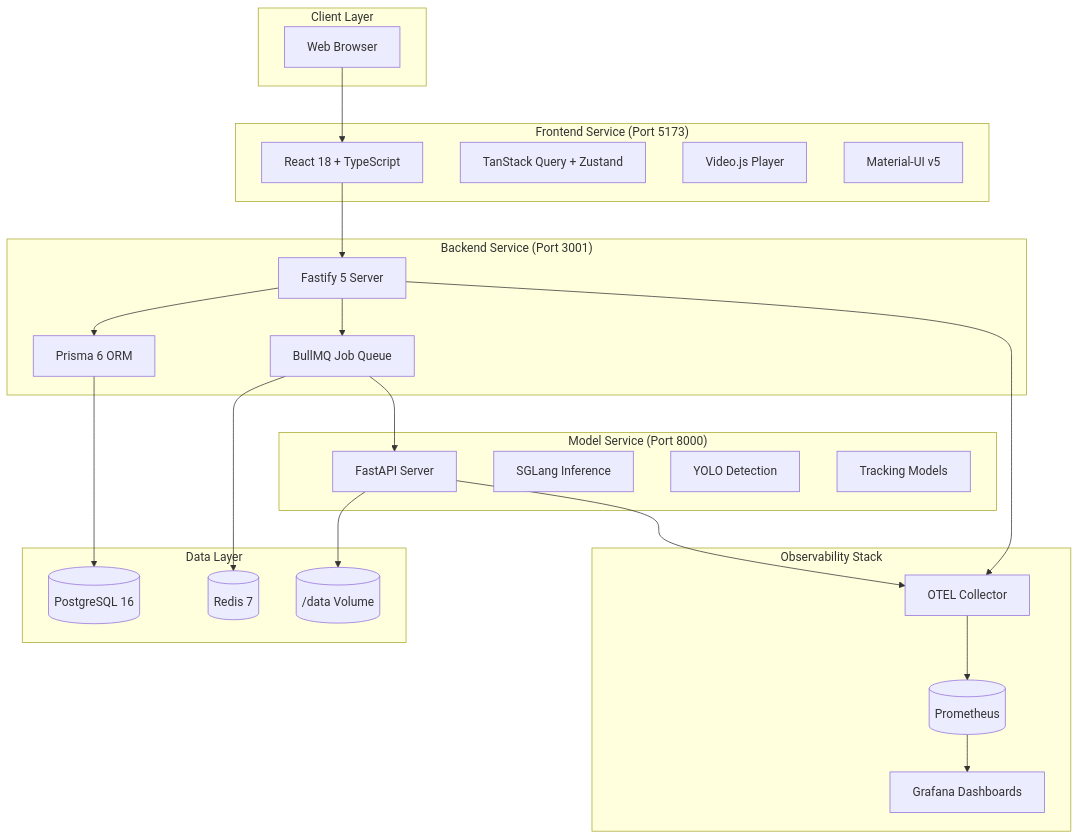
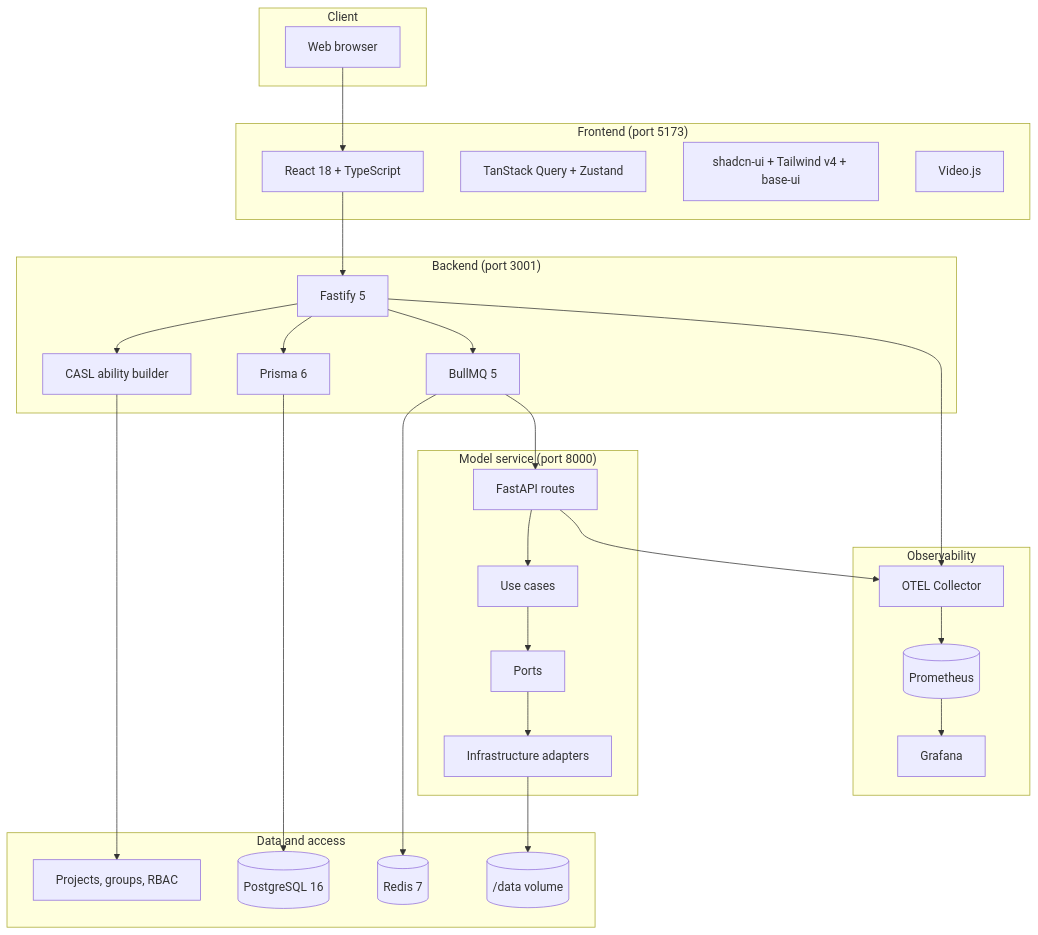
Before and after one commit to parafovea/fovea: the diagram in docs/docs/concepts/architecture.md, drawn with Mermaid. The commit also changed other lines of this file and 19 other files, not shown here.

````diff
--- a/docs/docs/concepts/architecture.md
+++ b/docs/docs/concepts/architecture.md
@@ -13,51 +13,58 @@
 ```mermaid
 graph TB
-    subgraph "Client Layer"
-        Browser[Web Browser]
+    subgraph "Client"
+        Browser[Web browser]
     end
 
-    subgraph "Frontend Service (Port 5173)"
+    subgraph "Frontend (port 5173)"
         React[React 18 + TypeScript]
-        TanStack[TanStack Query + Zustand]
-        VideoJS[Video.js Player]
-        MUI[Material-UI v5]
+        State[TanStack Query + Zustand]
+        UI[shadcn-ui + Tailwind v4 + base-ui]
+        Player[Video.js]
     end
 
-    subgraph "Backend Service (Port 3001)"
-        Fastify[Fastify 5 Server]
-        Prisma[Prisma 6 ORM]
-        BullMQ[BullMQ Job Queue]
+    subgraph "Backend (port 3001)"
+        Fastify[Fastify 5]
+        Prisma[Prisma 6]
+        BullMQ[BullMQ 5]
+        CASL[CASL ability builder]
     end
 
-    subgraph "Model Service (Port 8000)"
-        FastAPI[FastAPI Server]
-        SGLang[SGLang Inference]
-        YOLO[YOLO Detection]
-        Tracking[Tracking Models]
+    subgraph "Model service (port 8000)"
+        FastAPI[FastAPI routes]
+        UseCases[Use cases]
+        Ports[Ports]
+        Adapters[Infrastructure adapters]
     end
 
-    subgraph "Data Layer"
+    subgraph "Data and access"
         Postgres[(PostgreSQL 16)]
         Redis[(Redis 7)]
-        Videos[(/data Volume)]
+        Videos[(/data volume)]
+        Authorization[Projects, groups, RBAC]
     end
 
-    subgraph "Observability Stack"
+    subgraph "Observability"
         OTEL[OTEL Collector]
-        Prometheus[(Prometheus)]
-        Grafana[Grafana Dashboards]
+        Prom[(Prometheus)]
+        Grafana[Grafana]
     end
 
     Browser --> React
     React --> Fastify
+    Fastify --> CASL
+    CASL --> Authorization
     Fastify --> Prisma
     Fastify --> BullMQ
     Prisma --> Postgres
     BullMQ --> Redis
     BullMQ --> FastAPI
-    FastAPI --> Videos
+    FastAPI --> UseCases
+    UseCases --> Ports
+    Ports --> Adapters
+    Adapters --> Videos
     Fastify --> OTEL
     FastAPI --> OTEL
-    OTEL --> Prometheus
-    Prometheus --> Grafana
+    OTEL --> Prom
+    Prom --> Grafana
 ```
````
